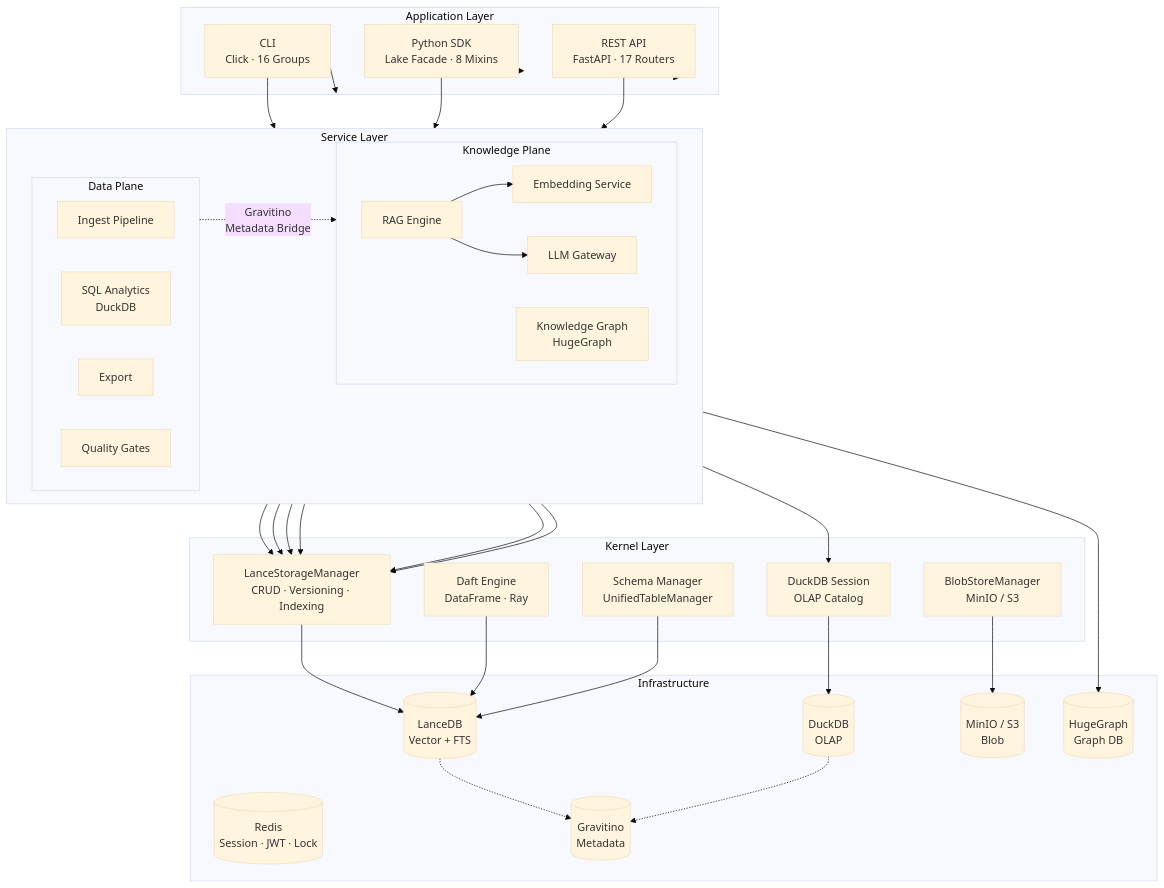
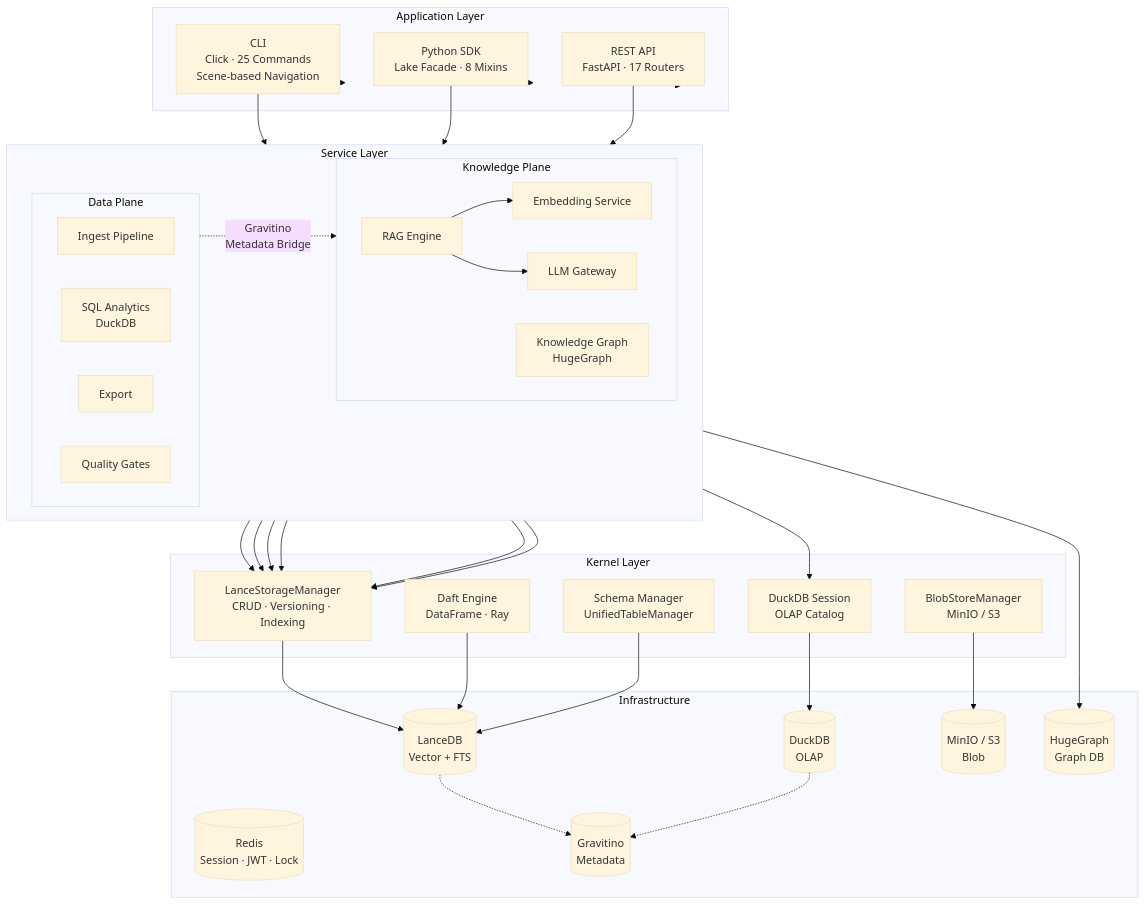
Before and after one commit to witsmaotech/arrow-lake: the first of 2 diagrams in docs_v2/concepts/architecture.md, drawn with Mermaid (base theme). The commit also changed other lines of this file and 7 other files, not shown here.

````diff
--- a/docs_v2/concepts/architecture.md
+++ b/docs_v2/concepts/architecture.md
@@ -9,70 +9,70 @@
 ```mermaid
 graph TB
     subgraph Application["Application Layer"]
-        CLI["CLI<br/>Click · 16 Groups"]
+        CLI["CLI<br/>Click · 25 Commands<br/>Scene-based Navigation"]
         SDK["Python SDK<br/>Lake Facade · 8 Mixins"]
         API["REST API<br/>FastAPI · 17 Routers"]
     end
 
     subgraph Service["Service Layer"]
         direction LR
         subgraph DP["Data Plane"]
             ING["Ingest Pipeline"]
             QRY["SQL Analytics<br/>DuckDB"]
             EXP["Export"]
             QLT["Quality Gates"]
         end
         subgraph KP["Knowledge Plane"]
             RAG["RAG Engine"]
             KG["Knowledge Graph<br/>HugeGraph"]
             EMB["Embedding Service"]
             LLM["LLM Gateway"]
         end
     end
 
     subgraph Kernel["Kernel Layer"]
         STM["LanceStorageManager<br/>CRUD · Versioning · Indexing"]
         BSM["BlobStoreManager<br/>MinIO / S3"]
         DQB["DuckDB Session<br/>OLAP Catalog"]
         DFT["Daft Engine<br/>DataFrame · Ray"]
         SCH["Schema Manager<br/>UnifiedTableManager"]
     end
 
     subgraph Infra["Infrastructure"]
         LDB[("LanceDB<br/>Vector + FTS")]
         DDB[("DuckDB<br/>OLAP")]
         MINIO[("MinIO / S3<br/>Blob")]
         REDIS[("Redis<br/>Session · JWT · Lock")]
         HG[("HugeGraph<br/>Graph DB")]
         GRAV[("Gravitino<br/>Metadata")]
     end
 
     CLI --> DP
     CLI --> KP
     SDK --> DP
     SDK --> KP
     API --> DP
     API --> KP
 
     ING --> STM
     QRY --> DQB
     EXP --> STM
     QLT --> STM
 
     RAG --> EMB
     RAG --> LLM
     RAG --> STM
     KG --> HG
     EMB --> STM
     LLM --> STM
 
     STM --> LDB
     BSM --> MINIO
     DQB --> DDB
     DFT --> LDB
     SCH --> LDB
 
     DP -.->|Gravitino<br/>Metadata Bridge| KP
     LDB -.-> GRAV
     DDB -.-> GRAV
 ```
````
